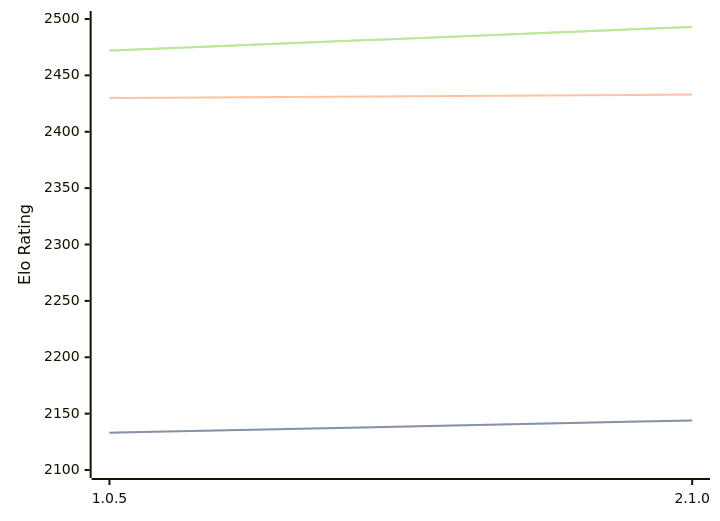
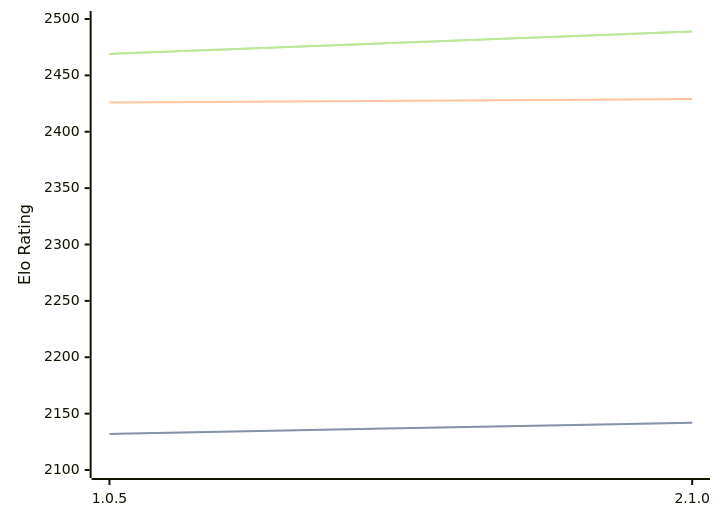
Before and after one commit to computer-chess-index/cci: the diagram in engines/Ruffian.md, drawn with Mermaid. The commit also changed other lines of this file, not shown here.

Commit message:
Update CCI Ratings (ELO VLTC) - 2026-08-12

````diff
--- a/engines/Ruffian.md
+++ b/engines/Ruffian.md
@@ -32,11 +32,11 @@
 ```mermaid
 %%{init: {"theme":"base","themeVariables":{"seriesColors:['#a3a3a3','#222221','#faa371']}}}%%
 xychart-beta
   x-axis ["1.0.5", "2.1.0"]
   y-axis "Elo Rating" 2100 --> 2500
-  line "STC (8.0+0.08s)" [2133, 2144]
-  line "STC (8.0+0.08s)" [2133, 2144]
-  line "LTC (60.0+0.60s)" [2430, 2433]
-  line "VLTC (2m24s+1.12s)" [2472, 2493]
-  line "VLTC (2m24s+1.12s)" [2472, 2493]
+  line "STC (8.0+0.08s)" [2132, 2142]
+  line "STC (8.0+0.08s)" [2132, 2142]
+  line "LTC (60.0+0.60s)" [2426, 2429]
+  line "VLTC (2m24s+1.12s)" [2469, 2489]
+  line "VLTC (2m24s+1.12s)" [2469, 2489]
 ```
````
